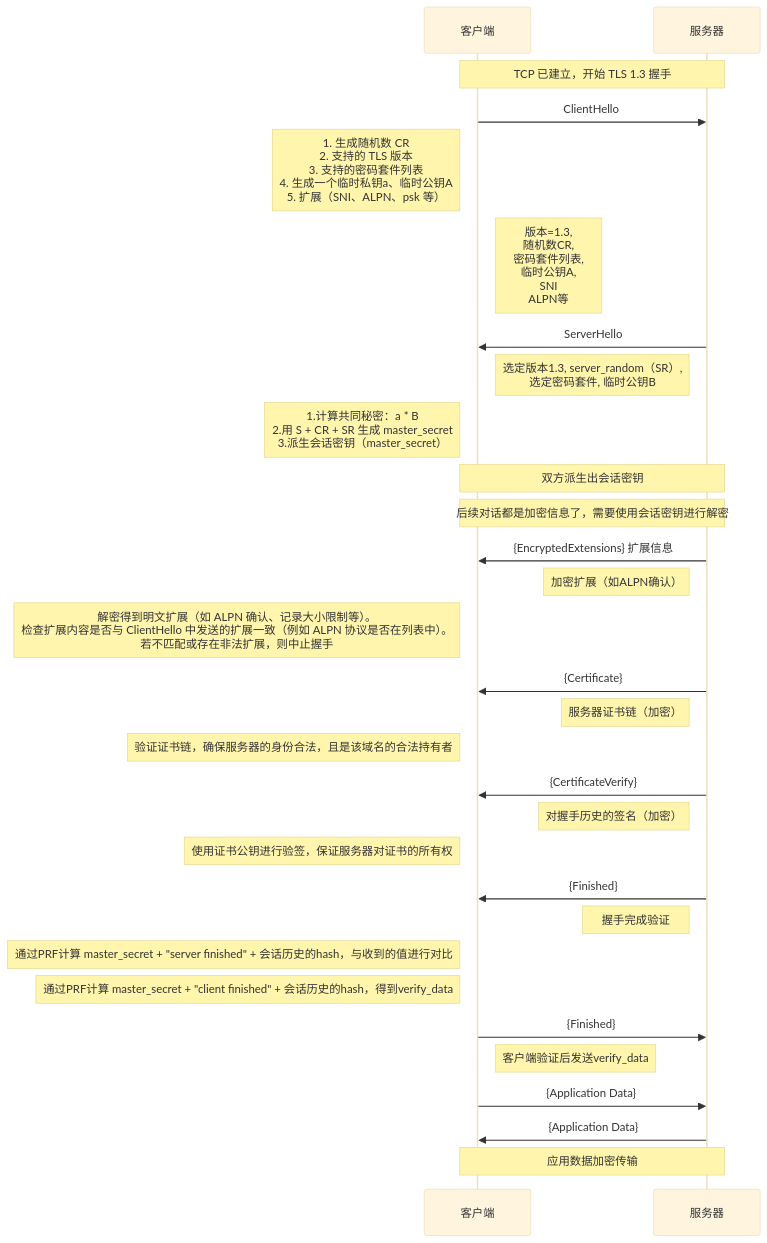
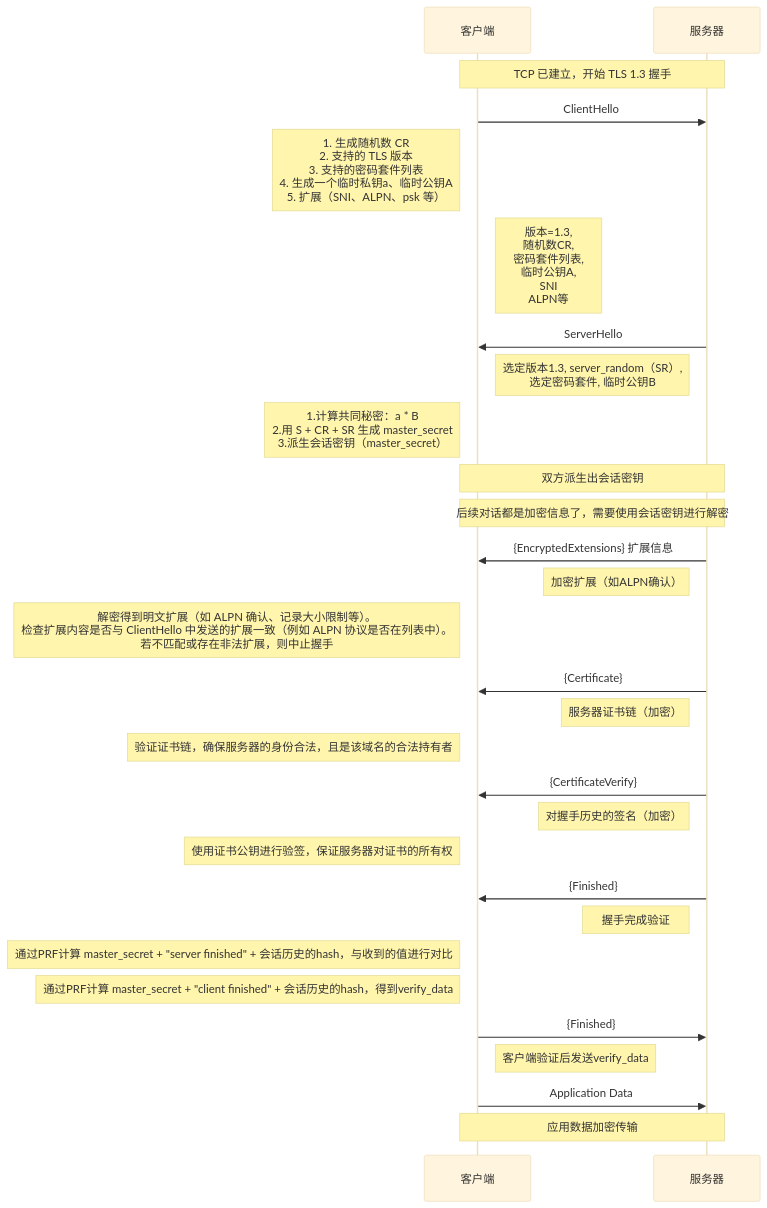
One commit to HY-10-8/iodraw-files changed the diagram in all/TLS-1.3-通用.md. Above: the diagram before and after it, drawn with Mermaid (base theme).

Commit message:
2026-03-30 19:03:38 update

````diff
--- a/all/TLS-1.3-通用.md
+++ b/all/TLS-1.3-通用.md
@@ -1,42 +1,41 @@
 ```mermaid
 sequenceDiagram
     participant C as 客户端
     participant S as 服务器
 
     Note over C,S: TCP 已建立，开始 TLS 1.3 握手
 
     C->>S: ClientHello
     Note left of C: 1. 生成随机数 CR<br/> 2. 支持的 TLS 版本<br/> 3. 支持的密码套件列表<br/> 4. 生成一个临时私钥a、临时公钥A<br/> 5. 扩展（SNI、ALPN、psk 等）
     Note right of C: 版本=1.3,<br/> 随机数CR,<br/> 密码套件列表,<br/> 临时公钥A,<br/> SNI<br/> ALPN等
 
     S->>C: ServerHello
     Note left of S: 选定版本1.3, server_random（SR）,<br/> 选定密码套件, 临时公钥B
     Note left of C: 1.计算共同秘密：a * B<br/> 2.用 S + CR + SR 生成 master_secret<br/> 3.派生会话密钥（master_secret）
 
     Note over C,S: 双方派生出会话密钥
     Note over C,S: 后续对话都是加密信息了，需要使用会话密钥进行解密
 
     S->>C: {EncryptedExtensions} 扩展信息
     Note left of S: 加密扩展（如ALPN确认）
     Note left of C: 解密得到明文扩展（如 ALPN 确认、记录大小限制等）。<br/>检查扩展内容是否与 ClientHello 中发送的扩展一致（例如 ALPN 协议是否在列表中）。<br/> 若不匹配或存在非法扩展，则中止握手
 
     S->>C: {Certificate}
     Note left of S: 服务器证书链（加密）
     Note left of C: 验证证书链，确保服务器的身份合法，且是该域名的合法持有者
 
     S->>C: {CertificateVerify}
     Note left of S: 对握手历史的签名（加密）
     Note left of C: 使用证书公钥进行验签，保证服务器对证书的所有权
 
     S->>C: {Finished}
     Note left of S: 握手完成验证
     Note left of C: 通过PRF计算 master_secret + "server finished" + 会话历史的hash，与收到的值进行对比
     Note left of C: 通过PRF计算 master_secret + "client finished" + 会话历史的hash，得到verify_data
 
     C->>S: {Finished}
     Note right of C: 客户端验证后发送verify_data
 
-    C->>S: {Application Data}
-    S->>C: {Application Data}
+    C->>S: Application Data
     Note over C,S: 应用数据加密传输
 ```
````
